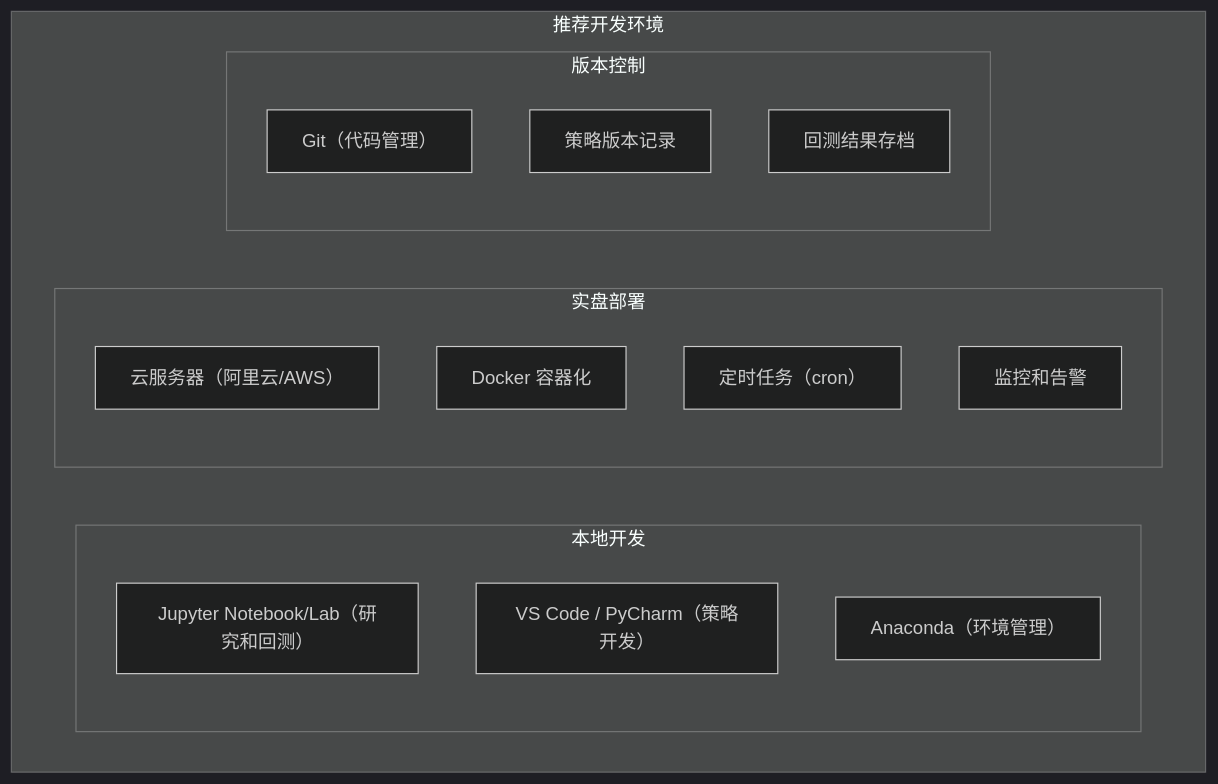
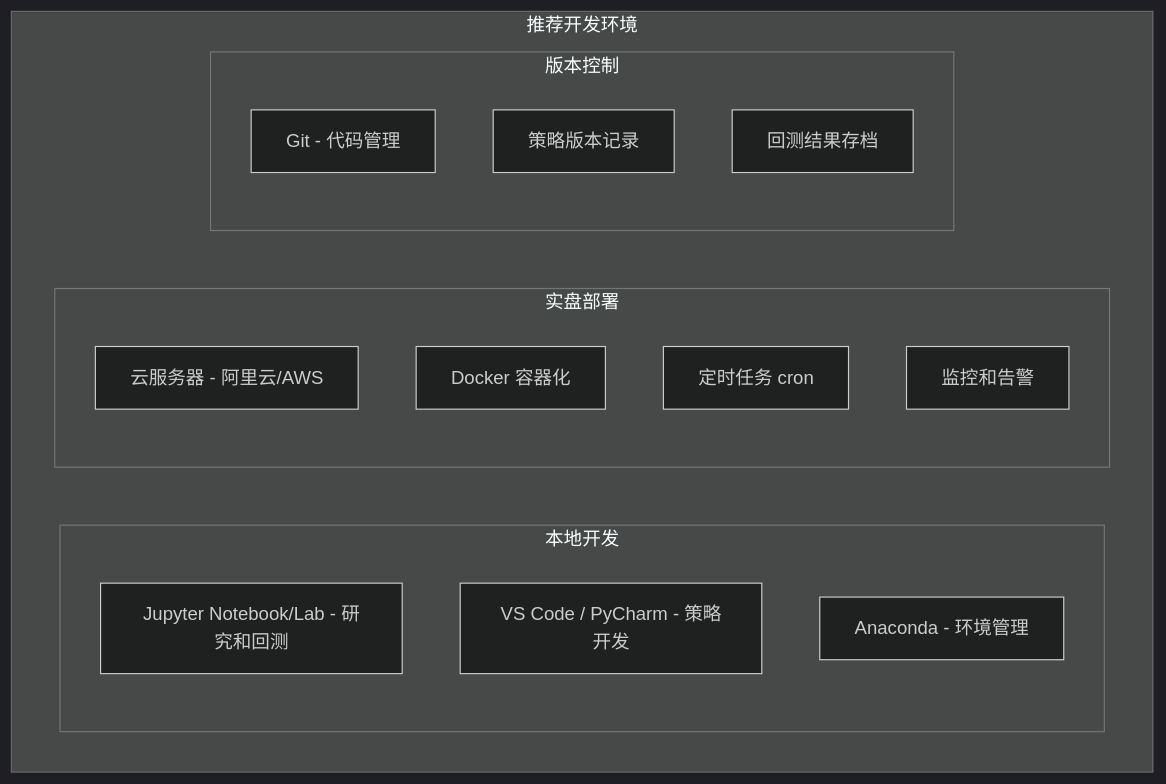
One commit to jpixy/jpixy.github.io changed the fifth of 10 diagrams in content/articles/quant/quant-01-个人量化交易入门指南.md. Above: the diagram before and after it, drawn with Mermaid (dark theme). The commit also changed other lines of this file and 66 other files, not shown here.

Commit message:
fix: resolve Mermaid syntax errors by removing parentheses in node labels

````diff
--- a/content/articles/quant/quant-01-个人量化交易入门指南.md
+++ b/content/articles/quant/quant-01-个人量化交易入门指南.md
@@ -188,21 +188,21 @@
 ```mermaid
 graph TB
     subgraph 开发环境["推荐开发环境"]
         subgraph 本地开发
-            L1["Jupyter Notebook/Lab（研究和回测）"]
-            L2["VS Code / PyCharm（策略开发）"]
-            L3["Anaconda（环境管理）"]
+            L1["Jupyter Notebook/Lab - 研究和回测"]
+            L2["VS Code / PyCharm - 策略开发"]
+            L3["Anaconda - 环境管理"]
         end
         subgraph 实盘部署
-            D1["云服务器（阿里云/AWS）"]
+            D1["云服务器 - 阿里云/AWS"]
             D2["Docker 容器化"]
-            D3["定时任务（cron）"]
+            D3["定时任务 cron"]
             D4["监控和告警"]
         end
         subgraph 版本控制
-            V1["Git（代码管理）"]
+            V1["Git - 代码管理"]
             V2["策略版本记录"]
             V3["回测结果存档"]
         end
     end
 ```
````
